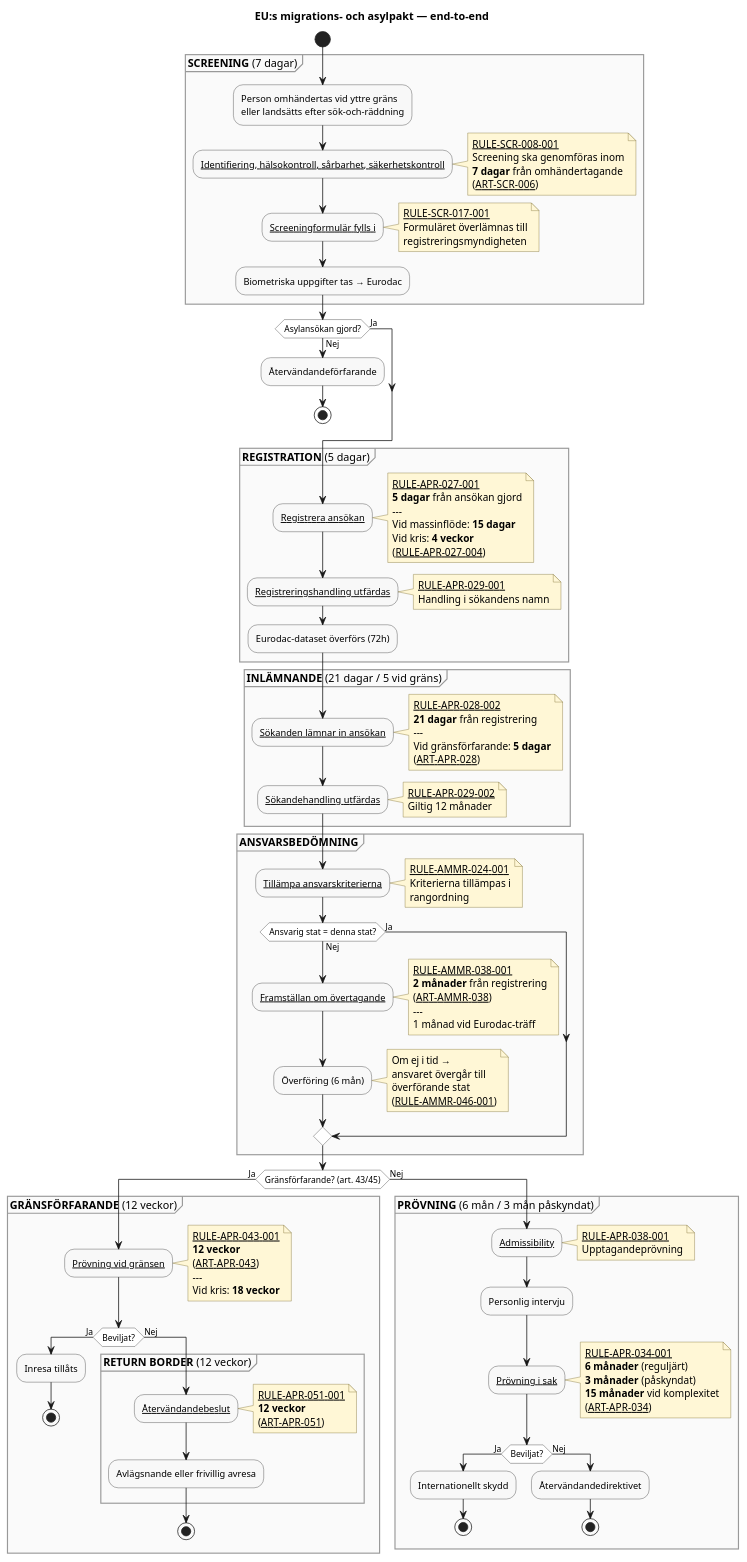
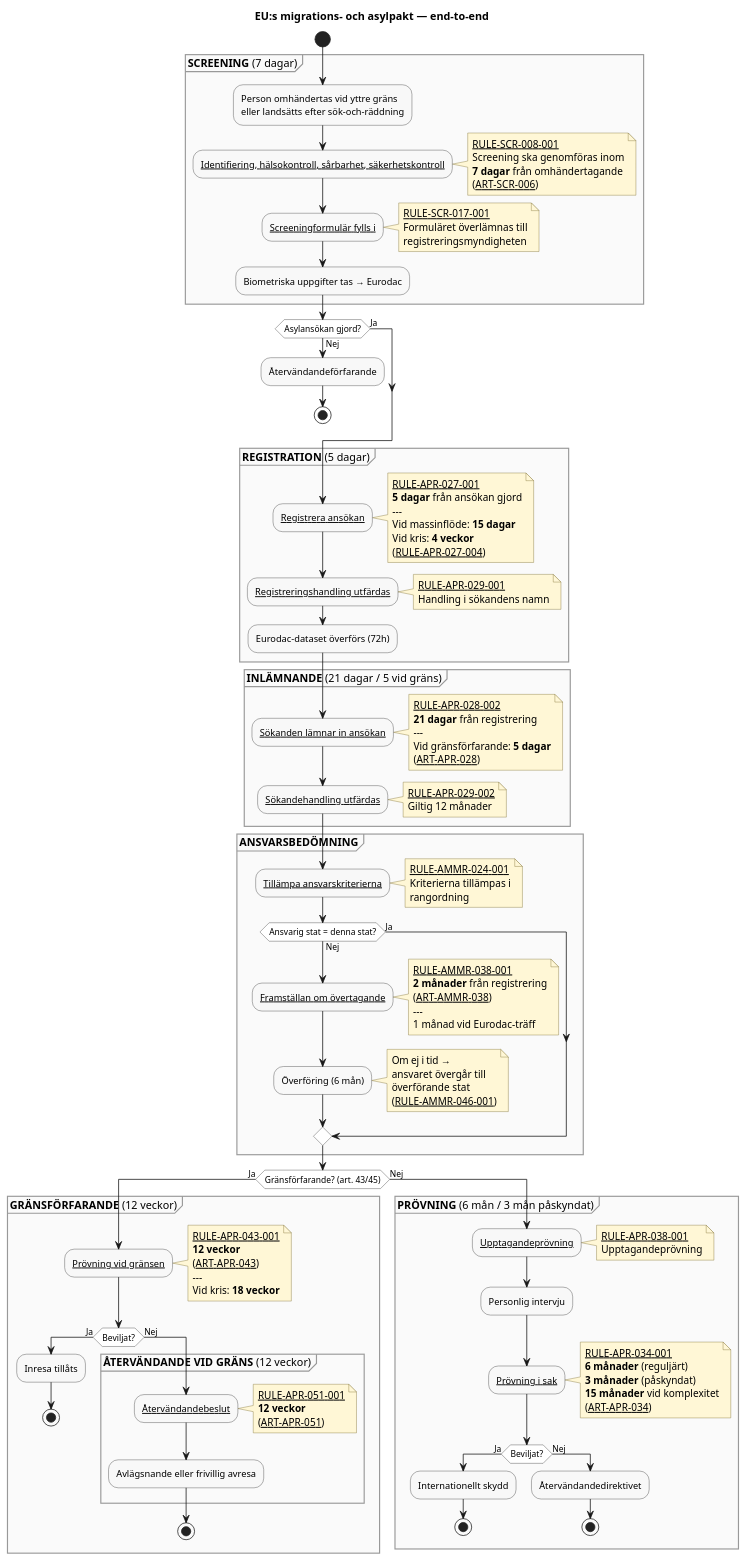
One commit to chrhe894/migration_pact changed the diagram in docs/diagrams/end-to-end-overview.pu. Above: the diagram before and after it, drawn with PlantUML. The commit also changed 31 other files, not shown here.

```diff
--- a/docs/diagrams/end-to-end-overview.pu
+++ b/docs/diagrams/end-to-end-overview.pu
@@ -21,168 +21,168 @@
 @startuml end-to-end-overview
 
 title EU:s migrations- och asylpakt — end-to-end
 
 skinparam shadowing false
 skinparam HyperlinkColor Black
 skinparam HyperlinkUnderline true
 skinparam defaultFontName Arial
 skinparam activity {
   BackgroundColor #F8F8F8
   BorderColor #333333
   DiamondBackgroundColor #FFFFFF
   DiamondBorderColor #333333
 }
 skinparam note {
   BackgroundColor #FFF7D6
   BorderColor #7A6A2A
 }
 skinparam partition {
   BackgroundColor #FAFAFA
   BorderColor #999999
 }
 
 start
 
 partition "**SCREENING** (7 dagar)" {
   :Person omhändertas vid yttre gräns
   eller landsätts efter sök-och-räddning;
   :[[domains/screening/rules/rule-scr-008-001.md Identifiering, hälsokontroll, sårbarhet, säkerhetskontroll]];
   note right
     [[domains/screening/rules/rule-scr-008-001.md RULE-SCR-008-001]]
     Screening ska genomföras inom
     **7 dagar** från omhändertagande
     ([[domains/screening/articles/scr-006.md ART-SCR-006]])
   end note
   :[[domains/screening/rules/rule-scr-017-001.md Screeningformulär fylls i]];
   note right
     [[domains/screening/rules/rule-scr-017-001.md RULE-SCR-017-001]]
     Formuläret överlämnas till
     registreringsmyndigheten
   end note
   :Biometriska uppgifter tas → Eurodac;
 }
 
 if (Asylansökan gjord?) then (Nej)
   :Återvändandeförfarande;
   stop
 else (Ja)
 endif
 
 partition "**REGISTRATION** (5 dagar)" {
   :[[domains/registration/rules/rule-apr-027-001.md Registrera ansökan]];
   note right
     [[domains/registration/rules/rule-apr-027-001.md RULE-APR-027-001]]
     **5 dagar** från ansökan gjord
     ---
     Vid massinflöde: **15 dagar**
     Vid kris: **4 veckor**
     ([[domains/registration/rules/rule-apr-027-004.md RULE-APR-027-004]])
   end note
   :[[domains/registration/rules/rule-apr-029-001.md Registreringshandling utfärdas]];
   note right
     [[domains/registration/rules/rule-apr-029-001.md RULE-APR-029-001]]
     Handling i sökandens namn
   end note
   :Eurodac-dataset överförs (72h);
 }
 
 partition "**INLÄMNANDE** (21 dagar / 5 vid gräns)" {
   :[[domains/registration/rules/rule-apr-028-002.md Sökanden lämnar in ansökan]];
   note right
     [[domains/registration/rules/rule-apr-028-002.md RULE-APR-028-002]]
     **21 dagar** från registrering
     ---
     Vid gränsförfarande: **5 dagar**
     ([[domains/registration/articles/apr-028.md ART-APR-028]])
   end note
   :[[domains/registration/rules/rule-apr-029-002.md Sökandehandling utfärdas]];
   note right
     [[domains/registration/rules/rule-apr-029-002.md RULE-APR-029-002]]
     Giltig 12 månader
   end note
 }
 
 partition "**ANSVARSBEDÖMNING**" {
   :[[domains/responsibility/rules/rule-ammr-024-001.md Tillämpa ansvarskriterierna]];
   note right
     [[domains/responsibility/rules/rule-ammr-024-001.md RULE-AMMR-024-001]]
     Kriterierna tillämpas i
     rangordning
   end note
   if (Ansvarig stat = denna stat?) then (Nej)
     :[[domains/responsibility/rules/rule-ammr-038-001.md Framställan om övertagande]];
     note right
       [[domains/responsibility/rules/rule-ammr-038-001.md RULE-AMMR-038-001]]
       **2 månader** från registrering
       ([[domains/responsibility/articles/ammr-038.md ART-AMMR-038]])
       ---
       1 månad vid Eurodac-träff
     end note
     :Överföring (6 mån);
     note right
       Om ej i tid →
       ansvaret övergår till
       överförande stat
       ([[domains/responsibility/rules/rule-ammr-046-001.md RULE-AMMR-046-001]])
     end note
   else (Ja)
   endif
 }
 
 if (Gränsförfarande? (art. 43/45)) then (Ja)
 
   partition "**GRÄNSFÖRFARANDE** (12 veckor)" {
     :[[domains/border-procedure/rules/rule-apr-043-001.md Prövning vid gränsen]];
     note right
       [[domains/border-procedure/rules/rule-apr-043-001.md RULE-APR-043-001]]
       **12 veckor**
       ([[domains/border-procedure/articles/apr-043.md ART-APR-043]])
       ---
       Vid kris: **18 veckor**
     end note
     if (Beviljat?) then (Ja)
       :Inresa tillåts;
       stop
     else (Nej)
-      partition "**RETURN BORDER** (12 veckor)" {
+      partition "**ÅTERVÄNDANDE VID GRÄNS** (12 veckor)" {
         :[[domains/border-procedure/rules/rule-apr-051-001.md Återvändandebeslut]];
         note right
           [[domains/border-procedure/rules/rule-apr-051-001.md RULE-APR-051-001]]
           **12 veckor**
           ([[domains/border-procedure/articles/apr-051.md ART-APR-051]])
         end note
         :Avlägsnande eller frivillig avresa;
       }
       stop
     endif
   }
 
 else (Nej)
 
   partition "**PRÖVNING** (6 mån / 3 mån påskyndat)" {
-    :[[domains/asylum-procedure/rules/rule-apr-038-001.md Admissibility]];
+    :[[domains/asylum-procedure/rules/rule-apr-038-001.md Upptagandeprövning]];
     note right
       [[domains/asylum-procedure/rules/rule-apr-038-001.md RULE-APR-038-001]]
       Upptagandeprövning
     end note
     :Personlig intervju;
     :[[domains/asylum-procedure/rules/rule-apr-034-001.md Prövning i sak]];
     note right
       [[domains/asylum-procedure/rules/rule-apr-034-001.md RULE-APR-034-001]]
       **6 månader** (reguljärt)
       **3 månader** (påskyndat)
       **15 månader** vid komplexitet
       ([[domains/asylum-procedure/articles/apr-034.md ART-APR-034]])
     end note
     if (Beviljat?) then (Ja)
       :Internationellt skydd;
       stop
     else (Nej)
       :Återvändandedirektivet;
       stop
     endif
   }
 
 endif
 
 @enduml
```
